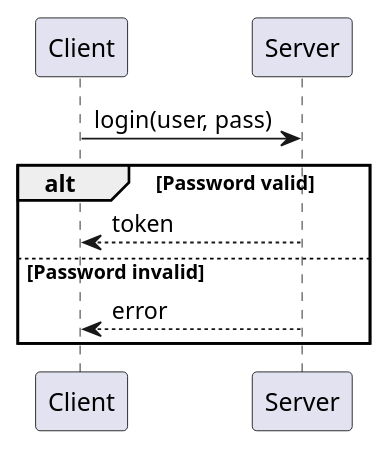
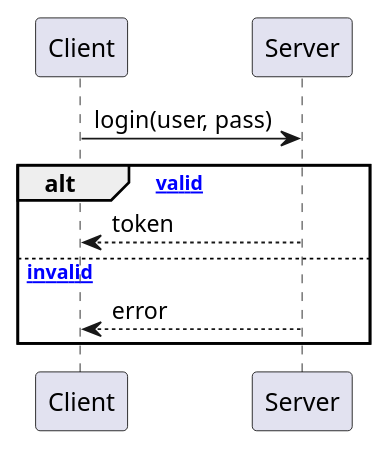
One commit to kieranpotts/cheats changed the fifth of 7 diagrams in src/modeling/uml/sequence-diagrams.adoc. Above: the diagram before and after it, drawn with PlantUML. The commit also changed other lines of this file and 13 other files, not shown here.

```diff
--- a/src/modeling/uml/sequence-diagrams.adoc
+++ b/src/modeling/uml/sequence-diagrams.adoc
@@ -207,9 +206,9 @@
 [plantuml]
 ....
 Client -> Server : login(user, pass)
-alt Password valid
+alt [password valid]
   Server --> Client : token
-else Password invalid
+else [password invalid]
   Server --> Client : error
 end
 ....
```
